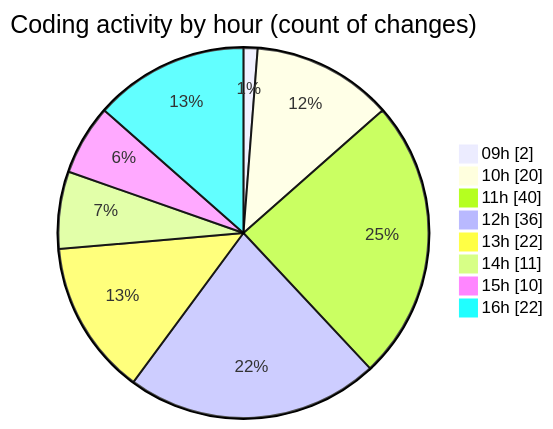
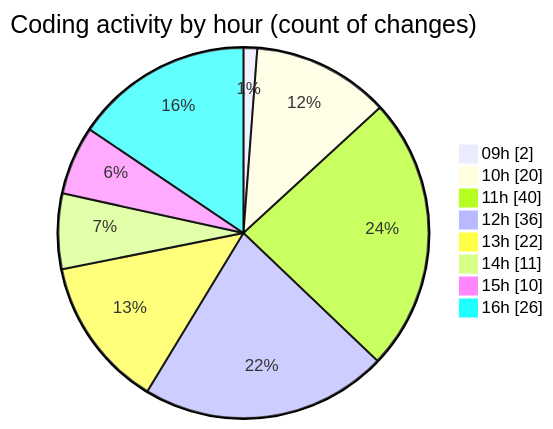
One commit to momahboobian/code-tracking changed the second of 2 diagrams in 2025-06-13/cda/README.md. Above: the diagram before and after it, drawn with Mermaid. The commit also changed other lines of this file and 1 other file, not shown here.

````diff
--- a/2025-06-13/cda/README.md
+++ b/2025-06-13/cda/README.md
@@ -44,12 +46,12 @@
 ```mermaid
 pie showData
 title Coding activity by hour (count of changes)
 "09h" : 2
 "10h" : 20
 "11h" : 40
 "12h" : 36
 "13h" : 22
 "14h" : 11
 "15h" : 10
-"16h" : 22
+"16h" : 26
 ```
````
